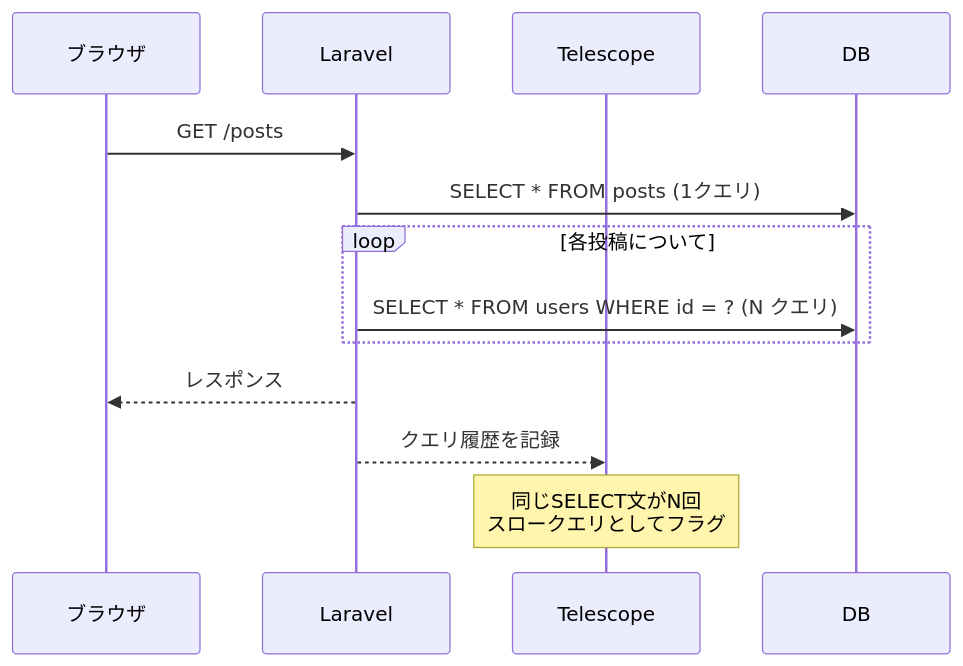
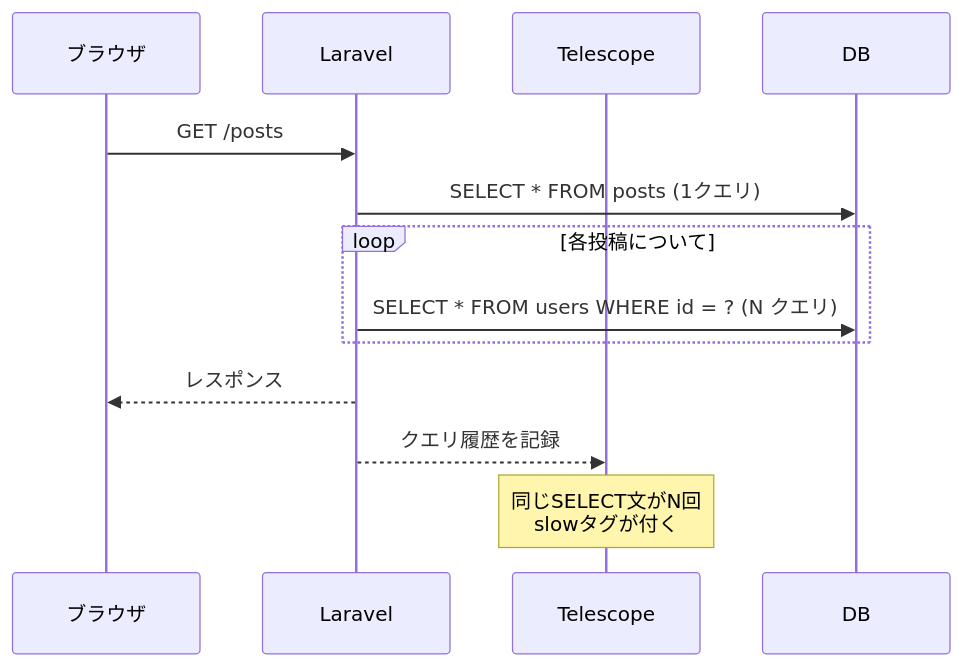
One commit to kawax/mintlify-docs changed the diagram in jp/blog/telescope-introduction.mdx. Above: the diagram before and after it, drawn with Mermaid. The commit also changed other lines of this file and 7 other files, not shown here.

````diff
--- a/jp/blog/telescope-introduction.mdx
+++ b/jp/blog/telescope-introduction.mdx
@@ -253,16 +16,16 @@
 ```mermaid
 sequenceDiagram
     participant ブラウザ
     participant Laravel
     participant Telescope
     participant DB
 
     ブラウザ->>Laravel: GET /posts
     Laravel->>DB: SELECT * FROM posts (1クエリ)
     loop 各投稿について
         Laravel->>DB: SELECT * FROM users WHERE id = ? (N クエリ)
     end
     Laravel-->>ブラウザ: レスポンス
     Laravel-->>Telescope: クエリ履歴を記録
-    Note over Telescope: 同じSELECT文がN回<br>スロークエリとしてフラグ
+    Note over Telescope: 同じSELECT文がN回<br>slowタグが付く
 ```
````
